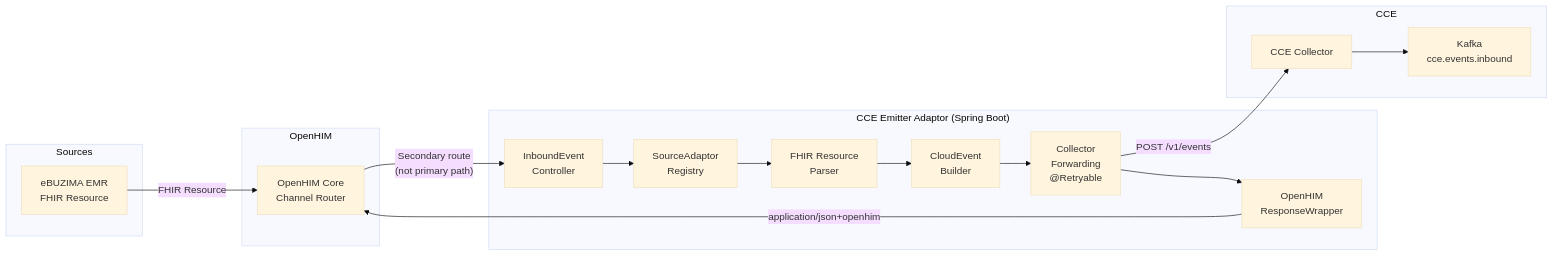
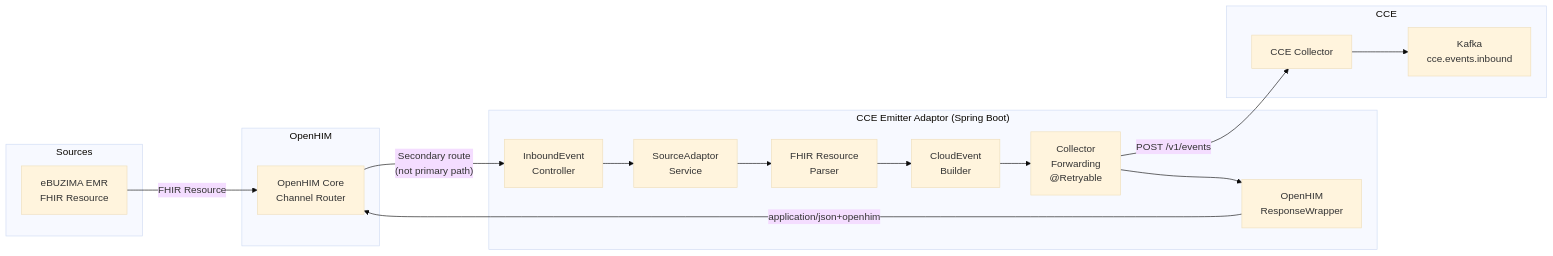
Before and after one commit to Jayaprakash8887/openhim-cce-emitter-adaptor: the first of 8 diagrams in docs/flow-diagrams.md, drawn with Mermaid (base theme). The commit also changed other lines of this file and 11 other files, not shown here.

````diff
--- a/docs/flow-diagrams.md
+++ b/docs/flow-diagrams.md
@@ -7,37 +7,37 @@
 ```mermaid
 flowchart LR
     subgraph Sources
         EBZ[eBUZIMA EMR<br/>FHIR Resource]
     end
 
     subgraph OpenHIM
         OHC[OpenHIM Core<br/>Channel Router]
     end
 
     subgraph "CCE Emitter Adaptor (Spring Boot)"
         CTRL[InboundEvent<br/>Controller]
-        SA[SourceAdaptor<br/>Registry]
+        SA[SourceAdaptor<br/>Service]
         PARSE[FHIR Resource<br/>Parser]
         NORM[CloudEvent<br/>Builder]
         FWD["Collector<br/>Forwarding<br/>@Retryable"]
         WRAP[OpenHIM<br/>ResponseWrapper]
     end
 
     subgraph CCE
         COL[CCE Collector]
         KAFKA[Kafka<br/>cce.events.inbound]
     end
 
     EBZ -->|FHIR Resource| OHC
 
     OHC -->|"Secondary route<br/>(not primary path)"| CTRL
     CTRL --> SA
     SA --> PARSE
     PARSE --> NORM
     NORM --> FWD
     FWD -->|POST /v1/events| COL
     COL --> KAFKA
 
     FWD --> WRAP
     WRAP -->|application/json+openhim| OHC
 ```
````
